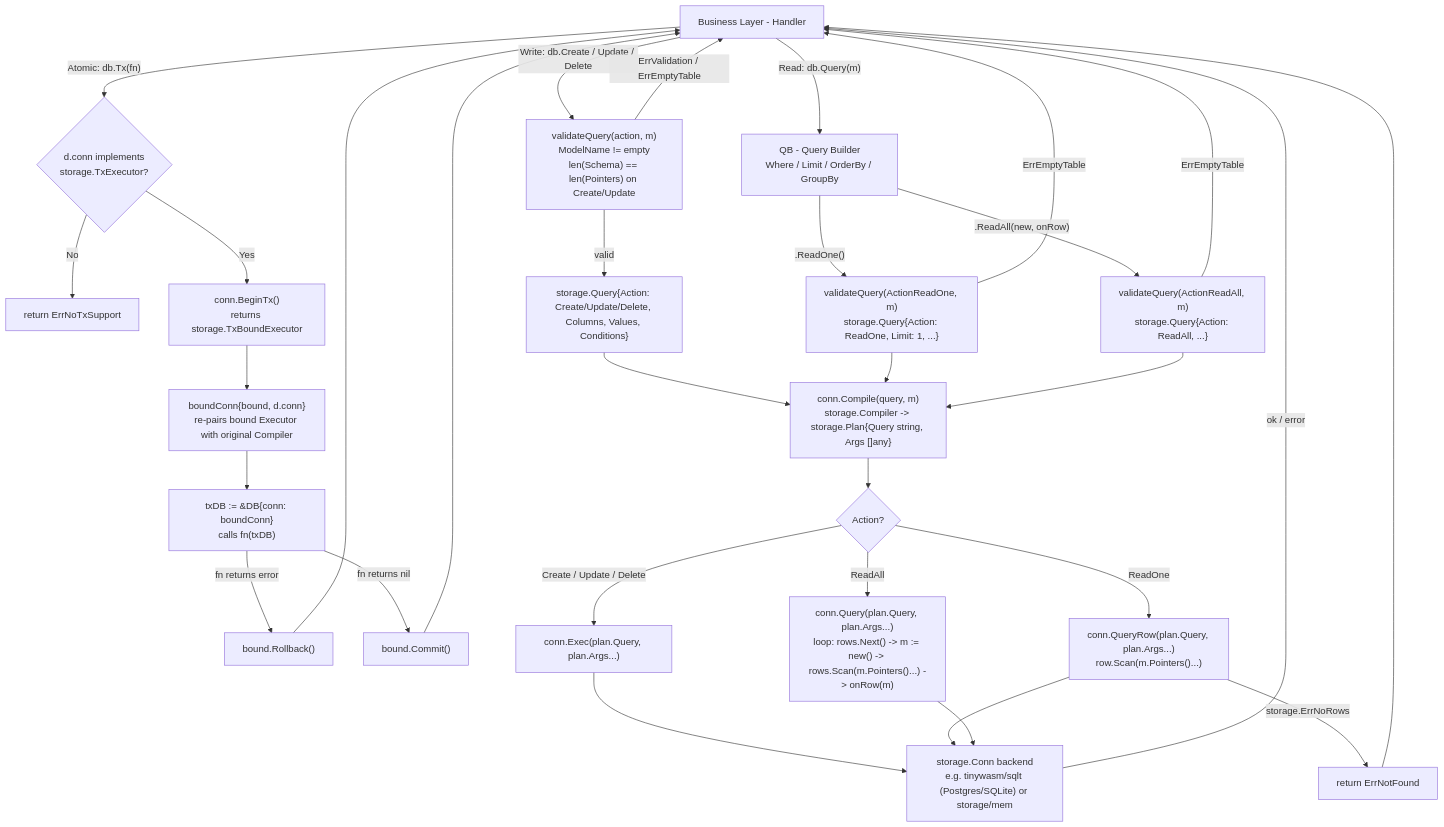
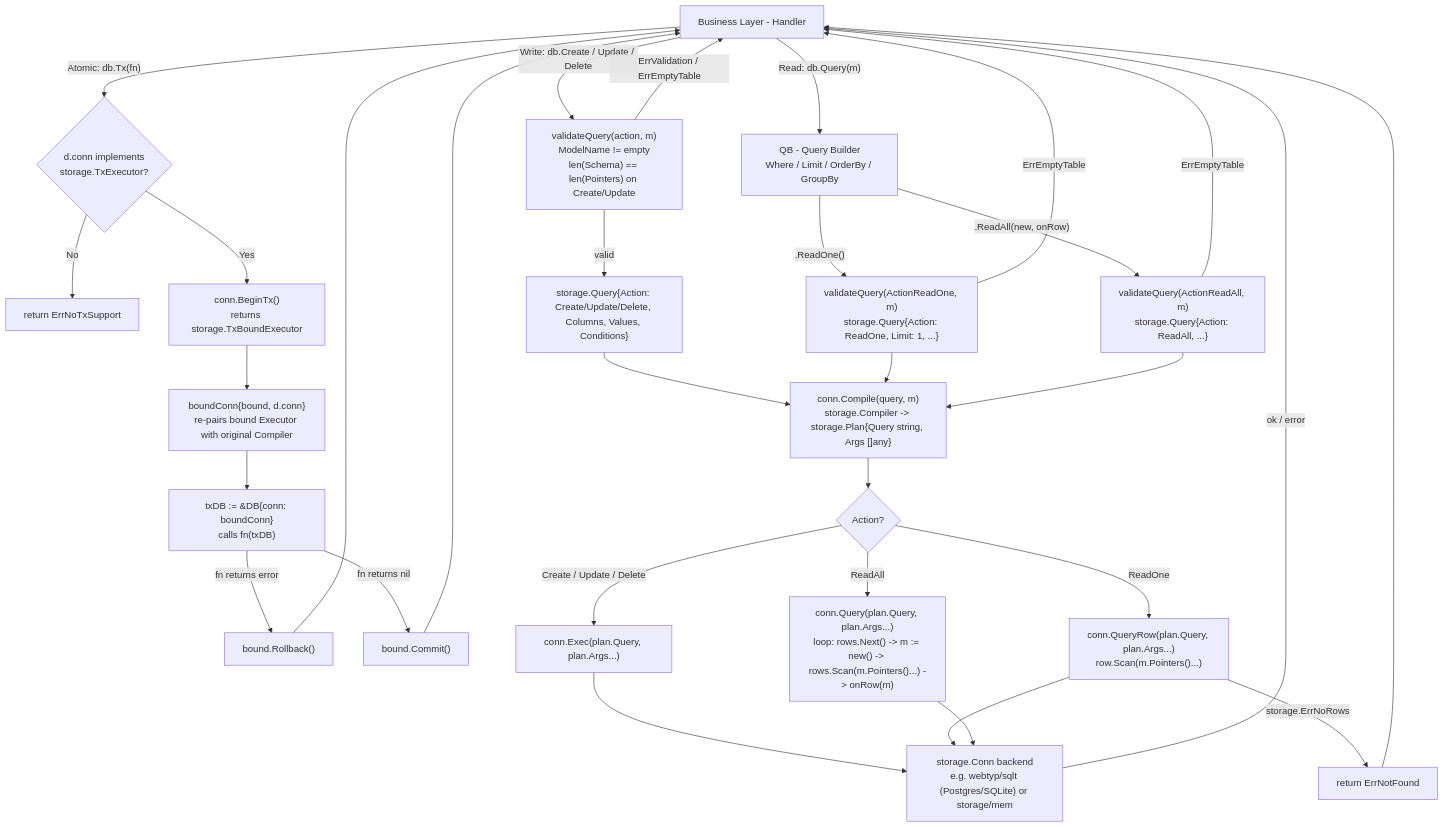
Before and after one commit to tinywasm/orm: the diagram in docs/diagrams/ORM_FLOW.md, drawn with Mermaid. The commit also changed 20 other files, not shown here.

First line of the commit message:
refactor!: module path github.com/tinywasm → webtyp.com; rebrand TinyWasm → WebTyp

````diff
--- a/docs/diagrams/ORM_FLOW.md
+++ b/docs/diagrams/ORM_FLOW.md
@@ -1,59 +1,59 @@
 ```mermaid
 flowchart TD
     %% 1. User Application Layer
     Handler["Business Layer - Handler"]
 
     Handler -- "Write: db.Create / Update / Delete" --> Validate
     Handler -- "Read: db.Query(m)" --> QB
     Handler -- "Atomic: db.Tx(fn)" --> TxCheck
 
     %% 2. Transaction Path
     TxCheck{"d.conn implements<br/>storage.TxExecutor?"}
     TxCheck -- No --> ErrNoTx["return ErrNoTxSupport"]
     TxCheck -- Yes --> BeginTx["conn.BeginTx()<br/>returns storage.TxBoundExecutor"]
     BeginTx --> BoundConn["boundConn{bound, d.conn}<br/>re-pairs bound Executor with original Compiler"]
     BoundConn --> TxDB["txDB := &DB{conn: boundConn}<br/>calls fn(txDB)"]
     TxDB -- fn returns error --> Rollback["bound.Rollback()"]
     TxDB -- fn returns nil --> Commit["bound.Commit()"]
     Rollback --> Handler
     Commit --> Handler
 
     %% 3. Query Builder Path
     QB["QB - Query Builder<br/>Where / Limit / OrderBy / GroupBy"]
     QB -- ".ReadOne()" --> BuildRead
     QB -- ".ReadAll(new, onRow)" --> BuildReadMany
 
     BuildRead["validateQuery(ActionReadOne, m)<br/>storage.Query{Action: ReadOne, Limit: 1, ...}"]
     BuildReadMany["validateQuery(ActionReadAll, m)<br/>storage.Query{Action: ReadAll, ...}"]
     BuildRead -- ErrEmptyTable --> Handler
     BuildReadMany -- ErrEmptyTable --> Handler
 
     %% 4. Write Path
     Validate["validateQuery(action, m)<br/>ModelName != empty<br/>len(Schema) == len(Pointers) on Create/Update"]
     Validate -- valid --> BuildWrite
     Validate -- "ErrValidation / ErrEmptyTable" --> Handler
 
     BuildWrite["storage.Query{Action: Create/Update/Delete, Columns, Values, Conditions}"]
 
     %% 5. Compile: agnostic Query -> engine-specific Plan
     BuildWrite --> Compile
     BuildRead --> Compile
     BuildReadMany --> Compile
 
     Compile["conn.Compile(query, m)<br/>storage.Compiler -> storage.Plan{Query string, Args []any}"]
 
     %% 6. Execute against the backend's storage.Conn
     Compile --> Dispatch{"Action?"}
     Dispatch -- "Create / Update / Delete" --> Exec["conn.Exec(plan.Query, plan.Args...)"]
     Dispatch -- ReadOne --> QueryRow["conn.QueryRow(plan.Query, plan.Args...)<br/>row.Scan(m.Pointers()...)"]
     Dispatch -- ReadAll --> QueryMany["conn.Query(plan.Query, plan.Args...)<br/>loop: rows.Next() -> m := new() -> rows.Scan(m.Pointers()...) -> onRow(m)"]
 
     %% 7. Backend (any storage.Conn implementation)
-    Exec --> Engine["storage.Conn backend<br/>e.g. tinywasm/sqlt (Postgres/SQLite) or storage/mem"]
+    Exec --> Engine["storage.Conn backend<br/>e.g. webtyp/sqlt (Postgres/SQLite) or storage/mem"]
     QueryRow --> Engine
     QueryMany --> Engine
 
     QueryRow -- "storage.ErrNoRows" --> NotFound["return ErrNotFound"]
     NotFound --> Handler
     Engine -- "ok / error" --> Handler
 ```
````
